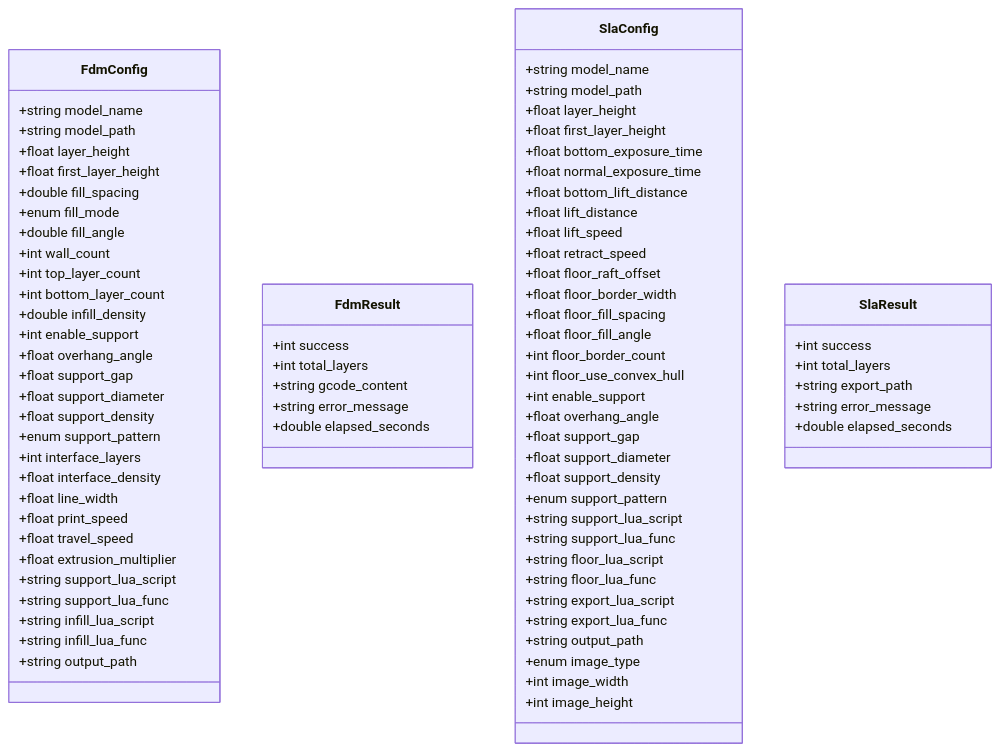
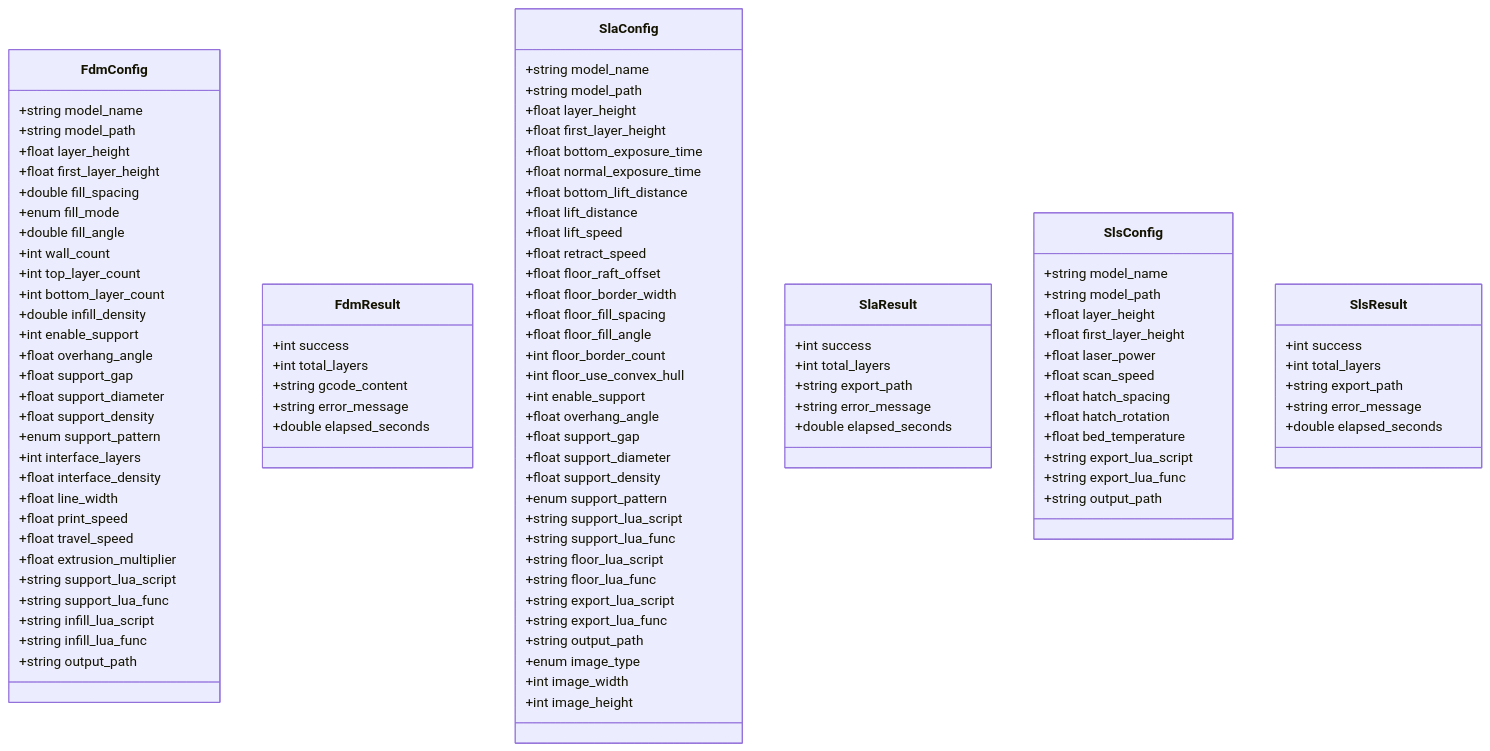
The sixth of 9 diagrams in .qoder/repowiki/en/content/API Reference/Pipeline Conversion API.md (hsmbanlance/HsBaSlicer), drawn with Mermaid before and after one commit. The commit also changed other lines of this file and 19 other files, not shown here.

````diff
--- a/.qoder/repowiki/en/content/API Reference/Pipeline Conversion API.md
+++ b/.qoder/repowiki/en/content/API Reference/Pipeline Conversion API.md
@@ -307,4 +372,25 @@
 +string error_message
 +double elapsed_seconds
 }
+class SlsConfig {
++string model_name
++string model_path
++float layer_height
++float first_layer_height
++float laser_power
++float scan_speed
++float hatch_spacing
++float hatch_rotation
++float bed_temperature
++string export_lua_script
++string export_lua_func
++string output_path
+}
+class SlsResult {
++int success
++int total_layers
++string export_path
++string error_message
++double elapsed_seconds
+}
 ```
````
